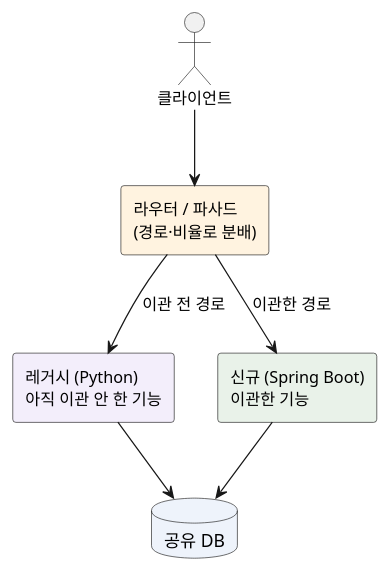
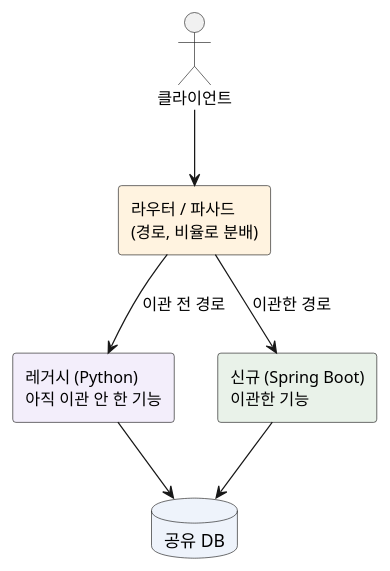
The first of 2 diagrams in blog/2026-10-14-service-porting-migration-validation.mdx (johnycho/johny-dev), drawn with PlantUML before and after one commit. The commit also changed other lines of this file and 188 other files, not shown here.

````diff
--- a/blog/2026-10-14-service-porting-migration-validation.mdx
+++ b/blog/2026-10-14-service-porting-migration-validation.mdx
@@ -54,20 +54,20 @@
 ```plantuml
 @startuml
 skinparam defaultFontName sans-serif
 skinparam shadowing false
 skinparam rectangleFontSize 13
 skinparam actorFontSize 13
 
 actor 클라이언트 as c
-rectangle "라우터 / 파사드\n(경로·비율로 분배)" as r #FFF3E0
+rectangle "라우터 / 파사드\n(경로, 비율로 분배)" as r #FFF3E0
 rectangle "레거시 (Python)\n아직 이관 안 한 기능" as old #F3EEFB
 rectangle "신규 (Spring Boot)\n이관한 기능" as neo #E9F2E9
 database "공유 DB" as db #EEF3FB
 
 c --> r
 r --> old : 이관 전 경로
 r --> neo : 이관한 경로
 old --> db
 neo --> db
 @enduml
 ```
````
